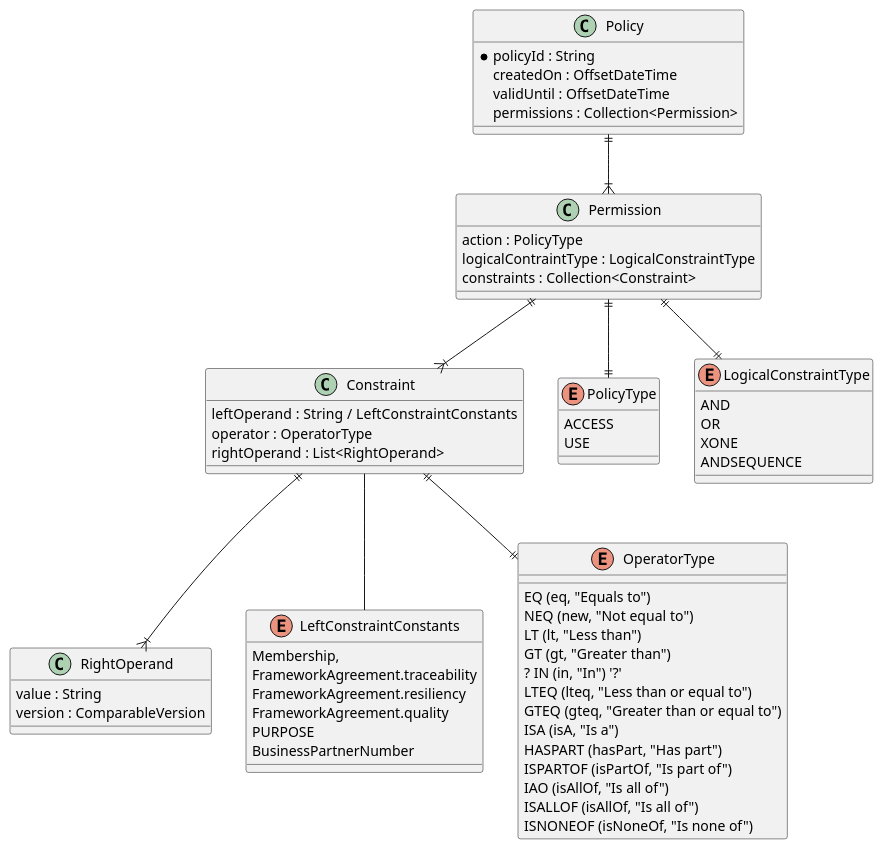
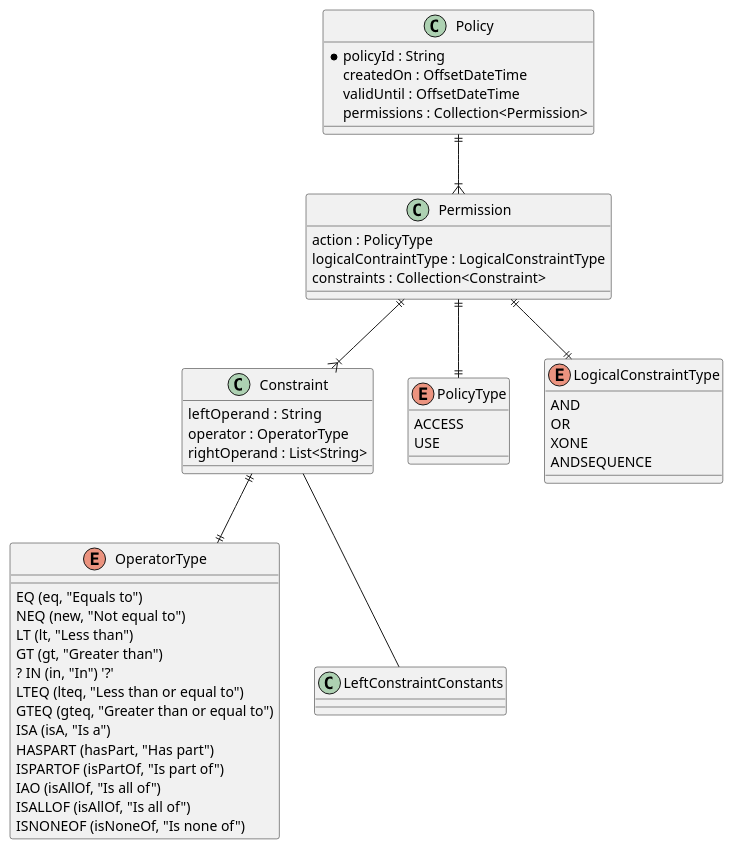
One commit to eclipse-tractusx/item-relationship-service changed the diagram in docs/src/uml-diagrams/policy-store/policy-store-model.puml. Above: the diagram before and after it, drawn with PlantUML.

Commit message:
chore(model):[TRI-1512] remove RightOperand class

```diff
--- a/docs/src/uml-diagrams/policy-store/policy-store-model.puml
+++ b/docs/src/uml-diagrams/policy-store/policy-store-model.puml
@@ -1,93 +1,77 @@
 @startuml
 'https://plantuml.com/class-diagram
 
 
 
 'https://www.w3.org/TR/odrl-model/'
 
 
 class Policy {
     * policyId : String
     createdOn : OffsetDateTime
     validUntil : OffsetDateTime
     permissions : Collection<Permission>
 }
 
 class Permission {
     action : PolicyType
     logicalContraintType : LogicalConstraintType
     constraints : Collection<Constraint>
 }
 
 
 class Constraint {
-     leftOperand  : String / LeftConstraintConstants
+     leftOperand  : String
      operator : OperatorType
-     rightOperand : List<RightOperand>
+     rightOperand : List<String>
 }
-
-class RightOperand {
-    value : String
-    version : ComparableVersion
-}
-
-enum LeftConstraintConstants {
-    Membership,
-    FrameworkAgreement.traceability
-    FrameworkAgreement.resiliency
-    FrameworkAgreement.quality
-    PURPOSE
-    BusinessPartnerNumber
-}
-
 
 'https://www.w3.org/TR/odrl-vocab/#constraintRelationalOperators'
 enum OperatorType {
     EQ (eq, "Equals to")
     NEQ (new, "Not equal to")
     LT (lt, "Less than")
     GT (gt, "Greater than")
     ? IN (in, "In") '?'
     LTEQ (lteq, "Less than or equal to")
     GTEQ (gteq, "Greater than or equal to")
     ISA (isA, "Is a")
     HASPART (hasPart, "Has part")
     ISPARTOF (isPartOf, "Is part of")
     IAO (isAllOf, "Is all of")
     ISALLOF (isAllOf, "Is all of")
     ISNONEOF (isNoneOf, "Is none of")
 }
 
 '"@id": "http://www.w3.org/ns/odrl/2/gt"'
 '"@id": "http://www.w3.org/ns/odrl/2/gteq"'
 '"@id": "http://www.w3.org/ns/odrl/2/isPartOf"'
 '"@id": "http://www.w3.org/ns/odrl/2/hasPart"'
 '"@id": "http://www.w3.org/ns/odrl/2/isAnyOf"'
 '"@id": "http://www.w3.org/ns/odrl/2/lteq"'
 '"@id": "http://www.w3.org/ns/odrl/2/eq"'
 '"@id": "http://www.w3.org/ns/odrl/2/neq"'
 '"@id": "http://www.w3.org/ns/odrl/2/isNoneOf"'
 '"@id": "http://www.w3.org/ns/odrl/2/lt"'
 '"@id": "http://www.w3.org/ns/odrl/2/isAllOf"'
 '"@id": "http://www.w3.org/ns/odrl/2/isA"'
 
 enum PolicyType {
     ACCESS
     USE
 }
 
 enum LogicalConstraintType{
     AND
     OR
     XONE
     ANDSEQUENCE
 }
 
 Policy ||--|{  Permission
 Permission ||--|| PolicyType
 Permission ||--|| LogicalConstraintType
 Permission ||--|{   Constraint
-Constraint ||--|{ RightOperand
 Constraint ||--|| OperatorType
 Constraint -- LeftConstraintConstants
 @enduml
```
